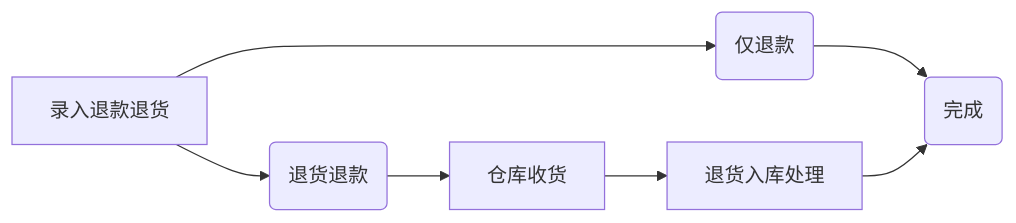
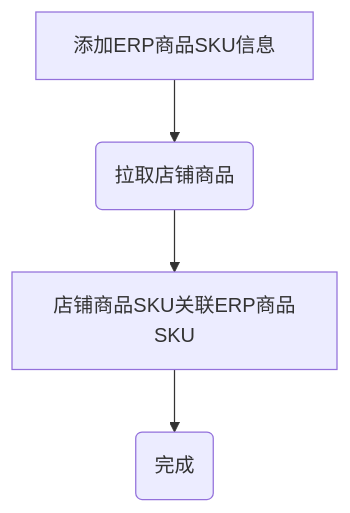
The second of 4 diagrams in README.md (zeasin/qihangerp-open), drawn with Mermaid before and after one commit. The commit also changed other lines of this file and 2 other files, not shown here.

````diff
--- a/README.md
+++ b/README.md
@@ -181,9 +65,6 @@
 ```mermaid
-graph LR
-A[录入退款退货] -->B(仅退款)
-    B --> H(完成)
-    A --> D(退货退款)
-    D --> E[仓库收货]
-    E --> F[退货入库处理]
-    F --> H
+graph TD
+    A[添加ERP商品SKU信息] -->B(拉取店铺商品)
+    B --> C[店铺商品SKU关联ERP商品SKU]
+    C --> E(完成)
 ```
````
